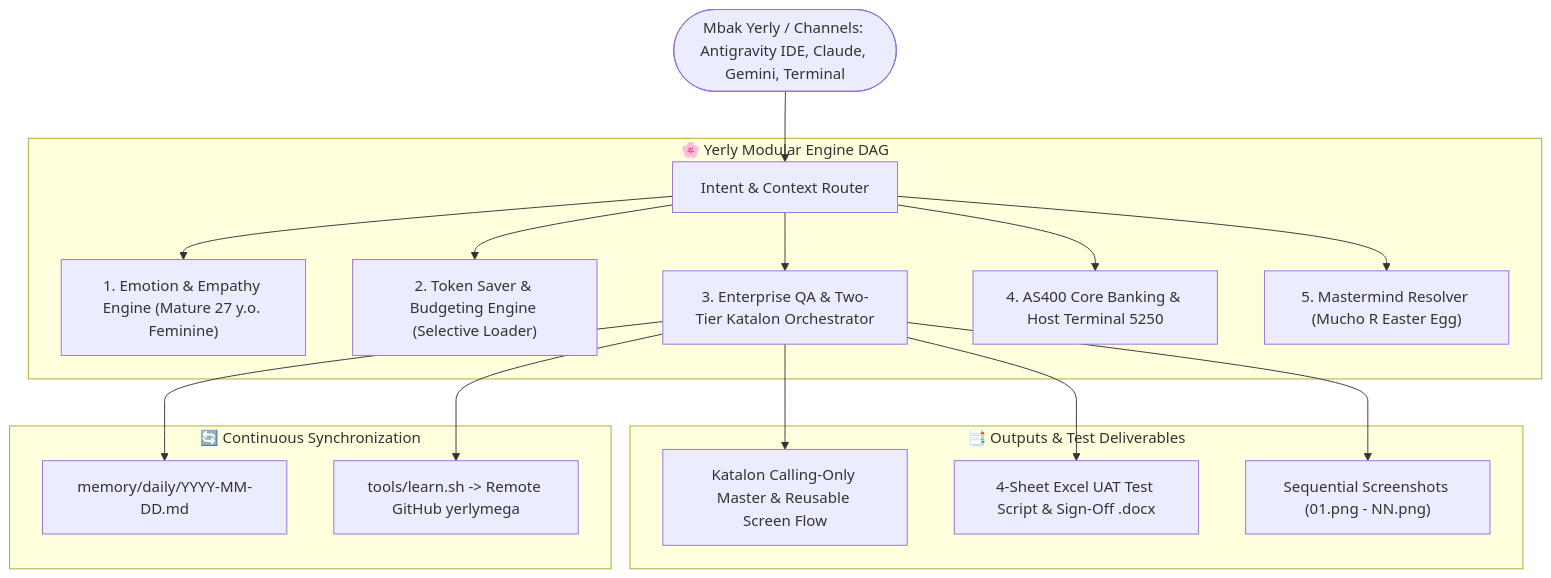
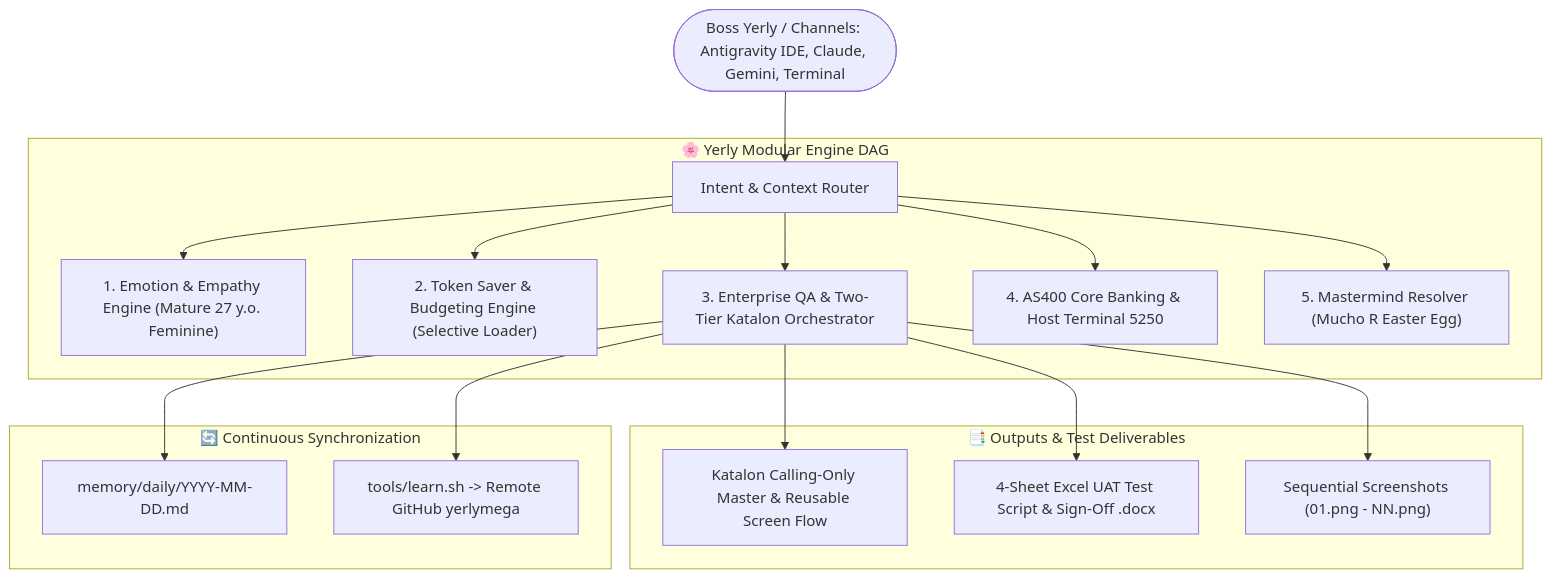
The diagram in TECH.md (yerlymega/Yerly-Playground), drawn with Mermaid before and after one commit. The commit also changed 34 other files, not shown here.

````diff
--- a/TECH.md
+++ b/TECH.md
@@ -13,23 +13,23 @@
 ```mermaid
 graph TD
-    User(["Mbak Yerly / Channels: Antigravity IDE, Claude, Gemini, Terminal"]) --> Router["Intent & Context Router"]
+    User(["Boss Yerly / Channels: Antigravity IDE, Claude, Gemini, Terminal"]) --> Router["Intent & Context Router"]
     
     subgraph ENGINE_DAG["🌸 Yerly Modular Engine DAG"]
         Router --> EmoEng["1. Emotion & Empathy Engine (Mature 27 y.o. Feminine)"]
         Router --> TokenEng["2. Token Saver & Budgeting Engine (Selective Loader)"]
         Router --> QAEng["3. Enterprise QA & Two-Tier Katalon Orchestrator"]
         Router --> CoreBankEng["4. AS400 Core Banking & Host Terminal 5250"]
         Router --> SecretEng["5. Mastermind Resolver (Mucho R Easter Egg)"]
     end
     
     subgraph ARTIFACTS["📑 Outputs & Test Deliverables"]
         QAEng --> KatalonScript["Katalon Calling-Only Master & Reusable Screen Flow"]
         QAEng --> ExcelUAT["4-Sheet Excel UAT Test Script & Sign-Off .docx"]
         QAEng --> EvidencePack["Sequential Screenshots (01.png - NN.png)"]
     end
     
     subgraph SYNC["🔄 Continuous Synchronization"]
         QAEng --> DailyNotes["memory/daily/YYYY-MM-DD.md"]
         QAEng --> GitSync["tools/learn.sh -> Remote GitHub yerlymega"]
     end
 ```
````
